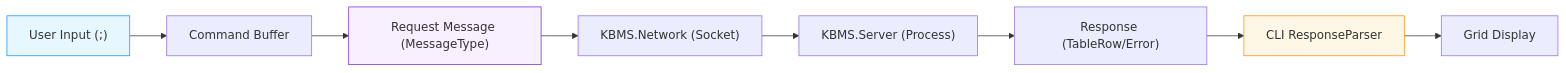
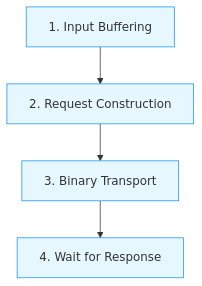
Before and after one commit to tranphat1506/KBMS: the diagram in docs/assets/diagrams/cli_input_flow.mmd, drawn with Mermaid. The commit also changed 574 other files, not shown here.

Commit message:
refactor: reorganize documentation structure, update diagrams, and clean up legacy LaTeX report assets.

```diff
--- a/docs/assets/diagrams/cli_input_flow.mmd
+++ b/docs/assets/diagrams/cli_input_flow.mmd
@@ -1,12 +1,14 @@
-graph LR
-    Input["User Input (;)"] --> Buffer["Command Buffer"]
-    Buffer --> Req["Request Message (MessageType)"]
-    Req --> Net["KBMS.Network (Socket)"]
-    Net --> Server["KBMS.Server (Process)"]
-    Server --> Resp["Response (TableRow/Error)"]
-    Resp --> Parser["CLI ResponseParser"]
-    Parser --> Console["Grid Display"]
-    
-    style Input fill:#e6f7ff,stroke:#1890ff
-    style Req fill:#f9f0ff,stroke:#722ed1
-    style Parser fill:#fff7e6,stroke:#fa8c16
+graph TD
+    Step1[1. Input Buffering]
+    Step2[2. Request Construction]
+    Step3[3. Binary Transport]
+    Step4[4. Wait for Response]
+
+    Step1 --> Step2
+    Step2 --> Step3
+    Step3 --> Step4
+
+    style Step1 fill:#e6f7ff,stroke:#1890ff
+    style Step2 fill:#e6f7ff,stroke:#1890ff
+    style Step3 fill:#e6f7ff,stroke:#1890ff
+    style Step4 fill:#e6f7ff,stroke:#1890ff
```
